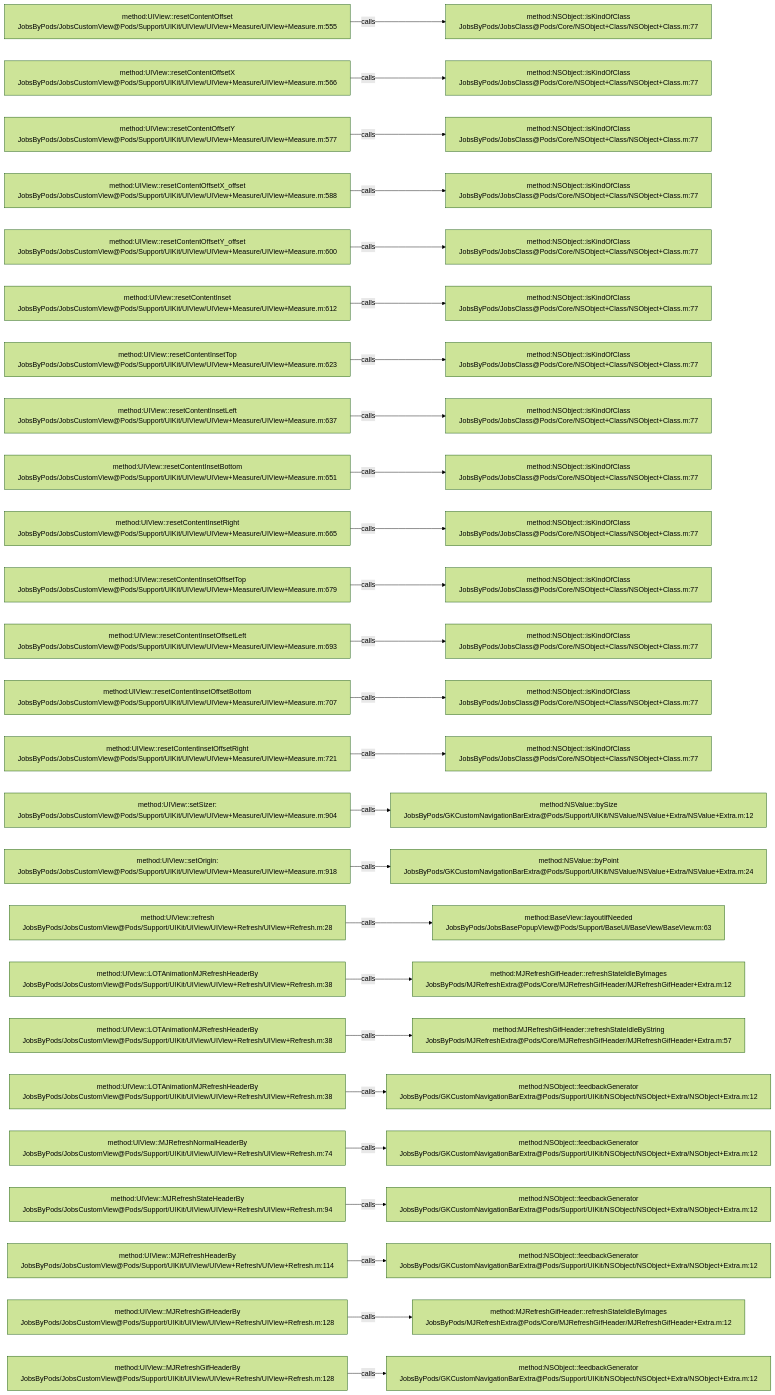
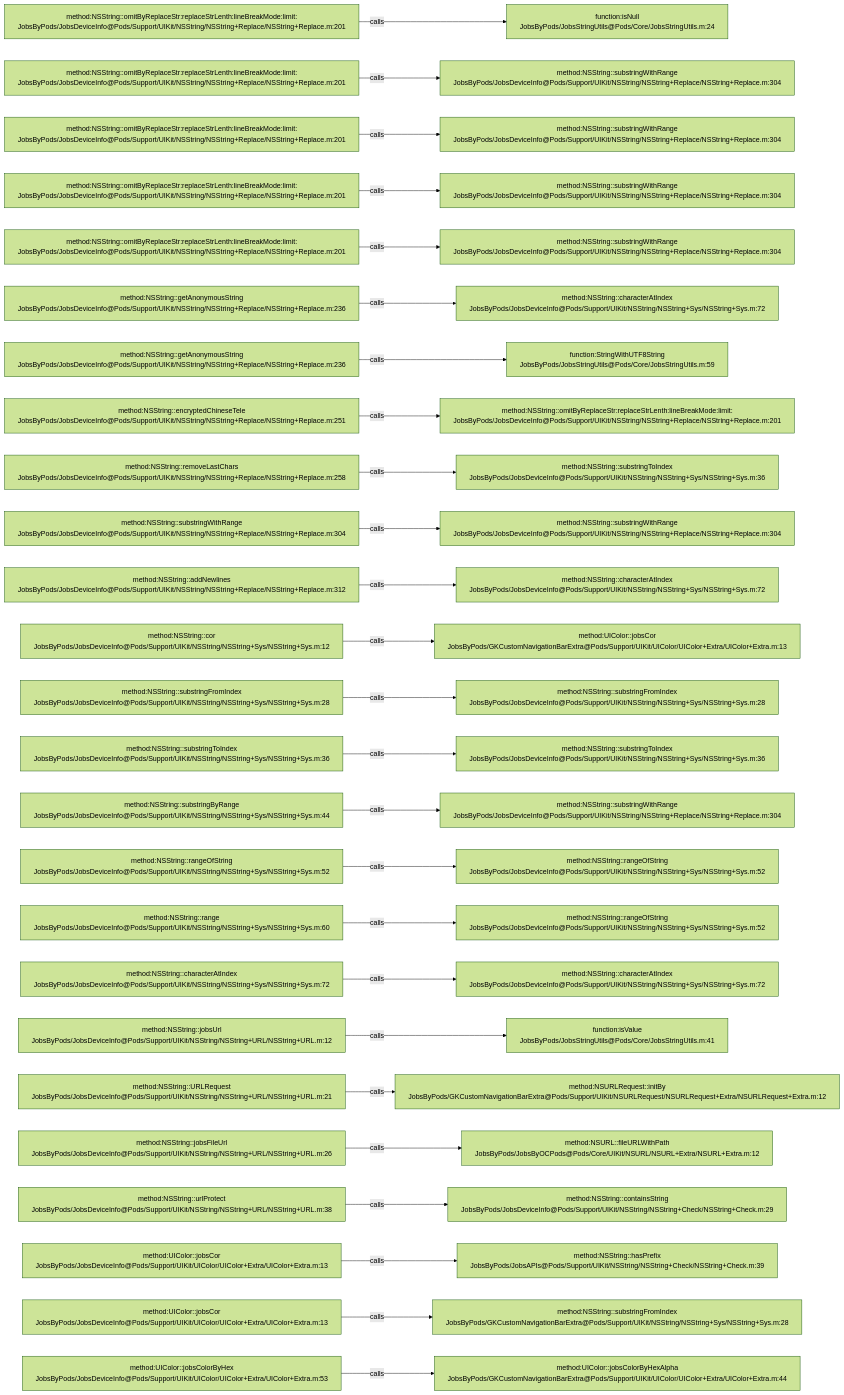
One commit to JobsKits/JobsOCBaseConfigDemo changed the diagram in .codegraph/codegraph.md/graphs/calls-091.md. Above: the diagram before and after it, drawn with Mermaid (forest theme). The commit also changed 639 other files, not shown here.

````diff
--- a/.codegraph/codegraph.md/graphs/calls-091.md
+++ b/.codegraph/codegraph.md/graphs/calls-091.md
@@ -13,78 +13,78 @@
 ```mermaid
 flowchart LR
-  S1["method:UIView::resetContentOffset<br/>JobsByPods/JobsCustomView@Pods/Support/UIKit/UIView/UIView+Measure/UIView+Measure.m:555"]
-  T1["method:NSObject::isKindOfClass<br/>JobsByPods/JobsClass@Pods/Core/NSObject+Class/NSObject+Class.m:77"]
+  S1["method:NSString::omitByReplaceStr:replaceStrLenth:lineBreakMode:limit:<br/>JobsByPods/JobsDeviceInfo@Pods/Support/UIKit/NSString/NSString+Replace/NSString+Replace.m:201"]
+  T1["function:isNull<br/>JobsByPods/JobsStringUtils@Pods/Core/JobsStringUtils.m:24"]
   S1 -->|calls| T1
-  S2["method:UIView::resetContentOffsetX<br/>JobsByPods/JobsCustomView@Pods/Support/UIKit/UIView/UIView+Measure/UIView+Measure.m:566"]
-  T2["method:NSObject::isKindOfClass<br/>JobsByPods/JobsClass@Pods/Core/NSObject+Class/NSObject+Class.m:77"]
+  S2["method:NSString::omitByReplaceStr:replaceStrLenth:lineBreakMode:limit:<br/>JobsByPods/JobsDeviceInfo@Pods/Support/UIKit/NSString/NSString+Replace/NSString+Replace.m:201"]
+  T2["method:NSString::substringWithRange<br/>JobsByPods/JobsDeviceInfo@Pods/Support/UIKit/NSString/NSString+Replace/NSString+Replace.m:304"]
   S2 -->|calls| T2
-  S3["method:UIView::resetContentOffsetY<br/>JobsByPods/JobsCustomView@Pods/Support/UIKit/UIView/UIView+Measure/UIView+Measure.m:577"]
-  T3["method:NSObject::isKindOfClass<br/>JobsByPods/JobsClass@Pods/Core/NSObject+Class/NSObject+Class.m:77"]
+  S3["method:NSString::omitByReplaceStr:replaceStrLenth:lineBreakMode:limit:<br/>JobsByPods/JobsDeviceInfo@Pods/Support/UIKit/NSString/NSString+Replace/NSString+Replace.m:201"]
+  T3["method:NSString::substringWithRange<br/>JobsByPods/JobsDeviceInfo@Pods/Support/UIKit/NSString/NSString+Replace/NSString+Replace.m:304"]
   S3 -->|calls| T3
-  S4["method:UIView::resetContentOffsetX_offset<br/>JobsByPods/JobsCustomView@Pods/Support/UIKit/UIView/UIView+Measure/UIView+Measure.m:588"]
-  T4["method:NSObject::isKindOfClass<br/>JobsByPods/JobsClass@Pods/Core/NSObject+Class/NSObject+Class.m:77"]
+  S4["method:NSString::omitByReplaceStr:replaceStrLenth:lineBreakMode:limit:<br/>JobsByPods/JobsDeviceInfo@Pods/Support/UIKit/NSString/NSString+Replace/NSString+Replace.m:201"]
+  T4["method:NSString::substringWithRange<br/>JobsByPods/JobsDeviceInfo@Pods/Support/UIKit/NSString/NSString+Replace/NSString+Replace.m:304"]
   S4 -->|calls| T4
-  S5["method:UIView::resetContentOffsetY_offset<br/>JobsByPods/JobsCustomView@Pods/Support/UIKit/UIView/UIView+Measure/UIView+Measure.m:600"]
-  T5["method:NSObject::isKindOfClass<br/>JobsByPods/JobsClass@Pods/Core/NSObject+Class/NSObject+Class.m:77"]
+  S5["method:NSString::omitByReplaceStr:replaceStrLenth:lineBreakMode:limit:<br/>JobsByPods/JobsDeviceInfo@Pods/Support/UIKit/NSString/NSString+Replace/NSString+Replace.m:201"]
+  T5["method:NSString::substringWithRange<br/>JobsByPods/JobsDeviceInfo@Pods/Support/UIKit/NSString/NSString+Replace/NSString+Replace.m:304"]
   S5 -->|calls| T5
-  S6["method:UIView::resetContentInset<br/>JobsByPods/JobsCustomView@Pods/Support/UIKit/UIView/UIView+Measure/UIView+Measure.m:612"]
-  T6["method:NSObject::isKindOfClass<br/>JobsByPods/JobsClass@Pods/Core/NSObject+Class/NSObject+Class.m:77"]
+  S6["method:NSString::getAnonymousString<br/>JobsByPods/JobsDeviceInfo@Pods/Support/UIKit/NSString/NSString+Replace/NSString+Replace.m:236"]
+  T6["method:NSString::characterAtIndex<br/>JobsByPods/JobsDeviceInfo@Pods/Support/UIKit/NSString/NSString+Sys/NSString+Sys.m:72"]
   S6 -->|calls| T6
-  S7["method:UIView::resetContentInsetTop<br/>JobsByPods/JobsCustomView@Pods/Support/UIKit/UIView/UIView+Measure/UIView+Measure.m:623"]
-  T7["method:NSObject::isKindOfClass<br/>JobsByPods/JobsClass@Pods/Core/NSObject+Class/NSObject+Class.m:77"]
+  S7["method:NSString::getAnonymousString<br/>JobsByPods/JobsDeviceInfo@Pods/Support/UIKit/NSString/NSString+Replace/NSString+Replace.m:236"]
+  T7["function:StringWithUTF8String<br/>JobsByPods/JobsStringUtils@Pods/Core/JobsStringUtils.m:59"]
   S7 -->|calls| T7
-  S8["method:UIView::resetContentInsetLeft<br/>JobsByPods/JobsCustomView@Pods/Support/UIKit/UIView/UIView+Measure/UIView+Measure.m:637"]
-  T8["method:NSObject::isKindOfClass<br/>JobsByPods/JobsClass@Pods/Core/NSObject+Class/NSObject+Class.m:77"]
+  S8["method:NSString::encryptedChineseTele<br/>JobsByPods/JobsDeviceInfo@Pods/Support/UIKit/NSString/NSString+Replace/NSString+Replace.m:251"]
+  T8["method:NSString::omitByReplaceStr:replaceStrLenth:lineBreakMode:limit:<br/>JobsByPods/JobsDeviceInfo@Pods/Support/UIKit/NSString/NSString+Replace/NSString+Replace.m:201"]
   S8 -->|calls| T8
-  S9["method:UIView::resetContentInsetBottom<br/>JobsByPods/JobsCustomView@Pods/Support/UIKit/UIView/UIView+Measure/UIView+Measure.m:651"]
-  T9["method:NSObject::isKindOfClass<br/>JobsByPods/JobsClass@Pods/Core/NSObject+Class/NSObject+Class.m:77"]
+  S9["method:NSString::removeLastChars<br/>JobsByPods/JobsDeviceInfo@Pods/Support/UIKit/NSString/NSString+Replace/NSString+Replace.m:258"]
+  T9["method:NSString::substringToIndex<br/>JobsByPods/JobsDeviceInfo@Pods/Support/UIKit/NSString/NSString+Sys/NSString+Sys.m:36"]
   S9 -->|calls| T9
-  S10["method:UIView::resetContentInsetRight<br/>JobsByPods/JobsCustomView@Pods/Support/UIKit/UIView/UIView+Measure/UIView+Measure.m:665"]
-  T10["method:NSObject::isKindOfClass<br/>JobsByPods/JobsClass@Pods/Core/NSObject+Class/NSObject+Class.m:77"]
+  S10["method:NSString::substringWithRange<br/>JobsByPods/JobsDeviceInfo@Pods/Support/UIKit/NSString/NSString+Replace/NSString+Replace.m:304"]
+  T10["method:NSString::substringWithRange<br/>JobsByPods/JobsDeviceInfo@Pods/Support/UIKit/NSString/NSString+Replace/NSString+Replace.m:304"]
   S10 -->|calls| T10
-  S11["method:UIView::resetContentInsetOffsetTop<br/>JobsByPods/JobsCustomView@Pods/Support/UIKit/UIView/UIView+Measure/UIView+Measure.m:679"]
-  T11["method:NSObject::isKindOfClass<br/>JobsByPods/JobsClass@Pods/Core/NSObject+Class/NSObject+Class.m:77"]
+  S11["method:NSString::addNewlines<br/>JobsByPods/JobsDeviceInfo@Pods/Support/UIKit/NSString/NSString+Replace/NSString+Replace.m:312"]
+  T11["method:NSString::characterAtIndex<br/>JobsByPods/JobsDeviceInfo@Pods/Support/UIKit/NSString/NSString+Sys/NSString+Sys.m:72"]
   S11 -->|calls| T11
-  S12["method:UIView::resetContentInsetOffsetLeft<br/>JobsByPods/JobsCustomView@Pods/Support/UIKit/UIView/UIView+Measure/UIView+Measure.m:693"]
-  T12["method:NSObject::isKindOfClass<br/>JobsByPods/JobsClass@Pods/Core/NSObject+Class/NSObject+Class.m:77"]
+  S12["method:NSString::cor<br/>JobsByPods/JobsDeviceInfo@Pods/Support/UIKit/NSString/NSString+Sys/NSString+Sys.m:12"]
+  T12["method:UIColor::jobsCor<br/>JobsByPods/GKCustomNavigationBarExtra@Pods/Support/UIKit/UIColor/UIColor+Extra/UIColor+Extra.m:13"]
   S12 -->|calls| T12
-  S13["method:UIView::resetContentInsetOffsetBottom<br/>JobsByPods/JobsCustomView@Pods/Support/UIKit/UIView/UIView+Measure/UIView+Measure.m:707"]
-  T13["method:NSObject::isKindOfClass<br/>JobsByPods/JobsClass@Pods/Core/NSObject+Class/NSObject+Class.m:77"]
+  S13["method:NSString::substringFromIndex<br/>JobsByPods/JobsDeviceInfo@Pods/Support/UIKit/NSString/NSString+Sys/NSString+Sys.m:28"]
+  T13["method:NSString::substringFromIndex<br/>JobsByPods/JobsDeviceInfo@Pods/Support/UIKit/NSString/NSString+Sys/NSString+Sys.m:28"]
   S13 -->|calls| T13
-  S14["method:UIView::resetContentInsetOffsetRight<br/>JobsByPods/JobsCustomView@Pods/Support/UIKit/UIView/UIView+Measure/UIView+Measure.m:721"]
-  T14["method:NSObject::isKindOfClass<br/>JobsByPods/JobsClass@Pods/Core/NSObject+Class/NSObject+Class.m:77"]
+  S14["method:NSString::substringToIndex<br/>JobsByPods/JobsDeviceInfo@Pods/Support/UIKit/NSString/NSString+Sys/NSString+Sys.m:36"]
+  T14["method:NSString::substringToIndex<br/>JobsByPods/JobsDeviceInfo@Pods/Support/UIKit/NSString/NSString+Sys/NSString+Sys.m:36"]
   S14 -->|calls| T14
-  S15["method:UIView::setSizer:<br/>JobsByPods/JobsCustomView@Pods/Support/UIKit/UIView/UIView+Measure/UIView+Measure.m:904"]
-  T15["method:NSValue::bySize<br/>JobsByPods/GKCustomNavigationBarExtra@Pods/Support/UIKit/NSValue/NSValue+Extra/NSValue+Extra.m:12"]
+  S15["method:NSString::substringByRange<br/>JobsByPods/JobsDeviceInfo@Pods/Support/UIKit/NSString/NSString+Sys/NSString+Sys.m:44"]
+  T15["method:NSString::substringWithRange<br/>JobsByPods/JobsDeviceInfo@Pods/Support/UIKit/NSString/NSString+Replace/NSString+Replace.m:304"]
   S15 -->|calls| T15
-  S16["method:UIView::setOrigin:<br/>JobsByPods/JobsCustomView@Pods/Support/UIKit/UIView/UIView+Measure/UIView+Measure.m:918"]
-  T16["method:NSValue::byPoint<br/>JobsByPods/GKCustomNavigationBarExtra@Pods/Support/UIKit/NSValue/NSValue+Extra/NSValue+Extra.m:24"]
+  S16["method:NSString::rangeOfString<br/>JobsByPods/JobsDeviceInfo@Pods/Support/UIKit/NSString/NSString+Sys/NSString+Sys.m:52"]
+  T16["method:NSString::rangeOfString<br/>JobsByPods/JobsDeviceInfo@Pods/Support/UIKit/NSString/NSString+Sys/NSString+Sys.m:52"]
   S16 -->|calls| T16
-  S17["method:UIView::refresh<br/>JobsByPods/JobsCustomView@Pods/Support/UIKit/UIView/UIView+Refresh/UIView+Refresh.m:28"]
-  T17["method:BaseView::layoutIfNeeded<br/>JobsByPods/JobsBasePopupView@Pods/Support/BaseUI/BaseView/BaseView.m:63"]
+  S17["method:NSString::range<br/>JobsByPods/JobsDeviceInfo@Pods/Support/UIKit/NSString/NSString+Sys/NSString+Sys.m:60"]
+  T17["method:NSString::rangeOfString<br/>JobsByPods/JobsDeviceInfo@Pods/Support/UIKit/NSString/NSString+Sys/NSString+Sys.m:52"]
   S17 -->|calls| T17
-  S18["method:UIView::LOTAnimationMJRefreshHeaderBy<br/>JobsByPods/JobsCustomView@Pods/Support/UIKit/UIView/UIView+Refresh/UIView+Refresh.m:38"]
-  T18["method:MJRefreshGifHeader::refreshStateIdleByImages<br/>JobsByPods/MJRefreshExtra@Pods/Core/MJRefreshGifHeader/MJRefreshGifHeader+Extra.m:12"]
+  S18["method:NSString::characterAtIndex<br/>JobsByPods/JobsDeviceInfo@Pods/Support/UIKit/NSString/NSString+Sys/NSString+Sys.m:72"]
+  T18["method:NSString::characterAtIndex<br/>JobsByPods/JobsDeviceInfo@Pods/Support/UIKit/NSString/NSString+Sys/NSString+Sys.m:72"]
   S18 -->|calls| T18
-  S19["method:UIView::LOTAnimationMJRefreshHeaderBy<br/>JobsByPods/JobsCustomView@Pods/Support/UIKit/UIView/UIView+Refresh/UIView+Refresh.m:38"]
-  T19["method:MJRefreshGifHeader::refreshStateIdleByString<br/>JobsByPods/MJRefreshExtra@Pods/Core/MJRefreshGifHeader/MJRefreshGifHeader+Extra.m:57"]
+  S19["method:NSString::jobsUrl<br/>JobsByPods/JobsDeviceInfo@Pods/Support/UIKit/NSString/NSString+URL/NSString+URL.m:12"]
+  T19["function:isValue<br/>JobsByPods/JobsStringUtils@Pods/Core/JobsStringUtils.m:41"]
   S19 -->|calls| T19
-  S20["method:UIView::LOTAnimationMJRefreshHeaderBy<br/>JobsByPods/JobsCustomView@Pods/Support/UIKit/UIView/UIView+Refresh/UIView+Refresh.m:38"]
-  T20["method:NSObject::feedbackGenerator<br/>JobsByPods/GKCustomNavigationBarExtra@Pods/Support/UIKit/NSObject/NSObject+Extra/NSObject+Extra.m:12"]
+  S20["method:NSString::URLRequest<br/>JobsByPods/JobsDeviceInfo@Pods/Support/UIKit/NSString/NSString+URL/NSString+URL.m:21"]
+  T20["method:NSURLRequest::initBy<br/>JobsByPods/GKCustomNavigationBarExtra@Pods/Support/UIKit/NSURLRequest/NSURLRequest+Extra/NSURLRequest+Extra.m:12"]
   S20 -->|calls| T20
-  S21["method:UIView::MJRefreshNormalHeaderBy<br/>JobsByPods/JobsCustomView@Pods/Support/UIKit/UIView/UIView+Refresh/UIView+Refresh.m:74"]
-  T21["method:NSObject::feedbackGenerator<br/>JobsByPods/GKCustomNavigationBarExtra@Pods/Support/UIKit/NSObject/NSObject+Extra/NSObject+Extra.m:12"]
+  S21["method:NSString::jobsFileUrl<br/>JobsByPods/JobsDeviceInfo@Pods/Support/UIKit/NSString/NSString+URL/NSString+URL.m:26"]
+  T21["method:NSURL::fileURLWithPath<br/>JobsByPods/JobsByOCPods@Pods/Core/UIKit/NSURL/NSURL+Extra/NSURL+Extra.m:12"]
   S21 -->|calls| T21
-  S22["method:UIView::MJRefreshStateHeaderBy<br/>JobsByPods/JobsCustomView@Pods/Support/UIKit/UIView/UIView+Refresh/UIView+Refresh.m:94"]
-  T22["method:NSObject::feedbackGenerator<br/>JobsByPods/GKCustomNavigationBarExtra@Pods/Support/UIKit/NSObject/NSObject+Extra/NSObject+Extra.m:12"]
+  S22["method:NSString::urlProtect<br/>JobsByPods/JobsDeviceInfo@Pods/Support/UIKit/NSString/NSString+URL/NSString+URL.m:38"]
+  T22["method:NSString::containsString<br/>JobsByPods/JobsDeviceInfo@Pods/Support/UIKit/NSString/NSString+Check/NSString+Check.m:29"]
   S22 -->|calls| T22
-  S23["method:UIView::MJRefreshHeaderBy<br/>JobsByPods/JobsCustomView@Pods/Support/UIKit/UIView/UIView+Refresh/UIView+Refresh.m:114"]
-  T23["method:NSObject::feedbackGenerator<br/>JobsByPods/GKCustomNavigationBarExtra@Pods/Support/UIKit/NSObject/NSObject+Extra/NSObject+Extra.m:12"]
+  S23["method:UIColor::jobsCor<br/>JobsByPods/JobsDeviceInfo@Pods/Support/UIKit/UIColor/UIColor+Extra/UIColor+Extra.m:13"]
+  T23["method:NSString::hasPrefix<br/>JobsByPods/JobsAPIs@Pods/Support/UIKit/NSString/NSString+Check/NSString+Check.m:39"]
   S23 -->|calls| T23
-  S24["method:UIView::MJRefreshGifHeaderBy<br/>JobsByPods/JobsCustomView@Pods/Support/UIKit/UIView/UIView+Refresh/UIView+Refresh.m:128"]
-  T24["method:MJRefreshGifHeader::refreshStateIdleByImages<br/>JobsByPods/MJRefreshExtra@Pods/Core/MJRefreshGifHeader/MJRefreshGifHeader+Extra.m:12"]
+  S24["method:UIColor::jobsCor<br/>JobsByPods/JobsDeviceInfo@Pods/Support/UIKit/UIColor/UIColor+Extra/UIColor+Extra.m:13"]
+  T24["method:NSString::substringFromIndex<br/>JobsByPods/GKCustomNavigationBarExtra@Pods/Support/UIKit/NSString/NSString+Sys/NSString+Sys.m:28"]
   S24 -->|calls| T24
-  S25["method:UIView::MJRefreshGifHeaderBy<br/>JobsByPods/JobsCustomView@Pods/Support/UIKit/UIView/UIView+Refresh/UIView+Refresh.m:128"]
-  T25["method:NSObject::feedbackGenerator<br/>JobsByPods/GKCustomNavigationBarExtra@Pods/Support/UIKit/NSObject/NSObject+Extra/NSObject+Extra.m:12"]
+  S25["method:UIColor::jobsColorByHex<br/>JobsByPods/JobsDeviceInfo@Pods/Support/UIKit/UIColor/UIColor+Extra/UIColor+Extra.m:53"]
+  T25["method:UIColor::jobsColorByHexAlpha<br/>JobsByPods/GKCustomNavigationBarExtra@Pods/Support/UIKit/UIColor/UIColor+Extra/UIColor+Extra.m:44"]
   S25 -->|calls| T25
 ```
````
